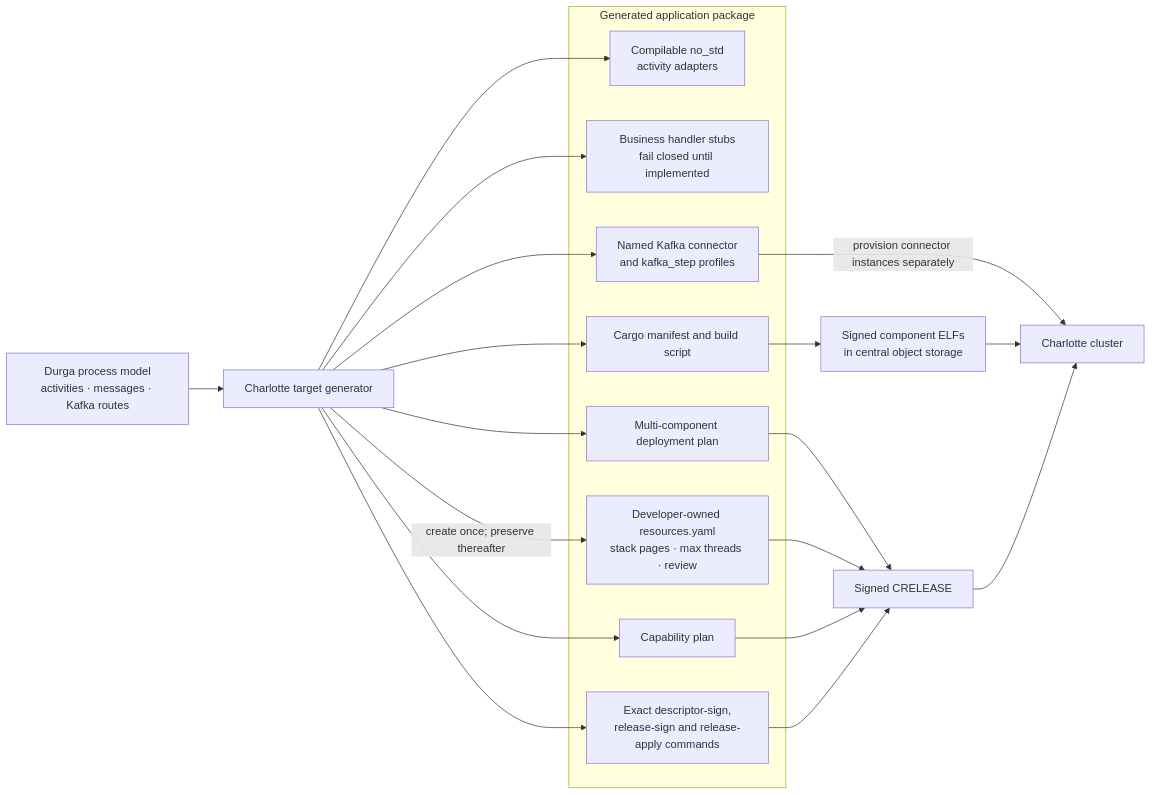
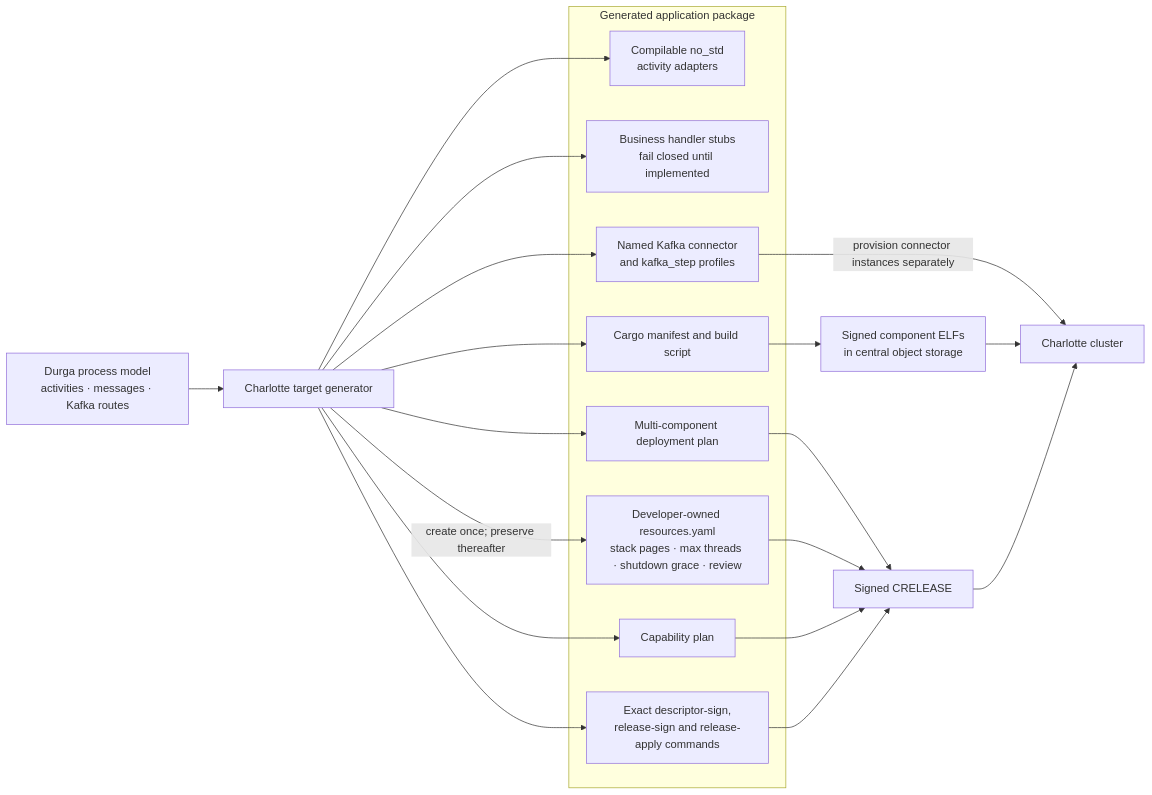
One commit to FrodeRanders/charlotte-os changed diagram 11 of 12 in docs/figures.md. Above: the diagram before and after it, drawn with Mermaid. The commit also changed other lines of this file and 44 other files, not shown here.

````diff
--- a/docs/figures.md
+++ b/docs/figures.md
@@ -498,39 +498,39 @@
 ```mermaid
 flowchart LR
 MODEL["Durga process model<br/>activities · messages · Kafka routes"]
 GEN["Charlotte target generator"]
 
       subgraph OUTPUT["Generated application package"]
           ADAPTERS["Compilable no_std<br/>activity adapters"]
           HANDLERS["Business handler stubs<br/>fail closed until implemented"]
           BUILD["Cargo manifest and build script"]
-          RESOURCES["Developer-owned resources.yaml<br/>stack pages · max threads · review"]
+          RESOURCES["Developer-owned resources.yaml<br/>stack pages · max threads · shutdown grace · review"]
           CAPS["Capability plan"]
           KPROFILES["Named Kafka connector<br/>and kafka_step profiles"]
           PLAN["Multi-component deployment plan"]
           COMMANDS["Exact descriptor-sign,<br/>release-sign and release-apply commands"]
       end
 
       ARTIFACTS["Signed component ELFs<br/>in central object storage"]
       RELEASE["Signed CRELEASE"]
       CLUSTER["Charlotte cluster"]
 
       MODEL --> GEN
       GEN --> ADAPTERS
       GEN --> HANDLERS
       GEN --> BUILD
       GEN -->|"create once; preserve thereafter"| RESOURCES
       GEN --> CAPS
       GEN --> KPROFILES
       GEN --> PLAN
       GEN --> COMMANDS
 
       BUILD --> ARTIFACTS
       PLAN --> RELEASE
       RESOURCES --> RELEASE
       CAPS --> RELEASE
       KPROFILES -->|"provision connector instances separately"| CLUSTER
       COMMANDS --> RELEASE
       ARTIFACTS --> CLUSTER
       RELEASE --> CLUSTER
 ```
````
